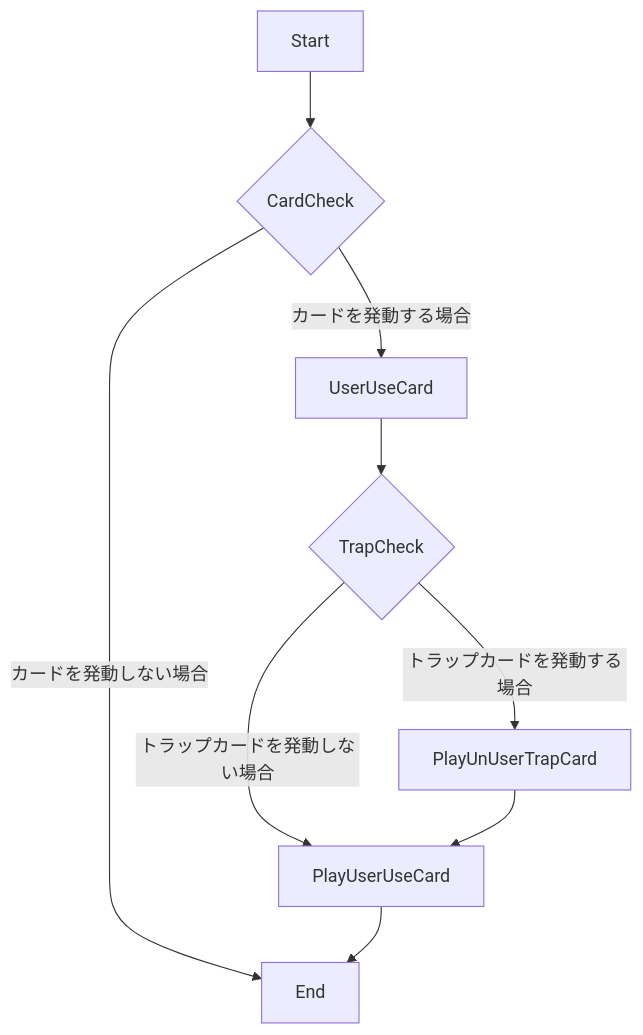
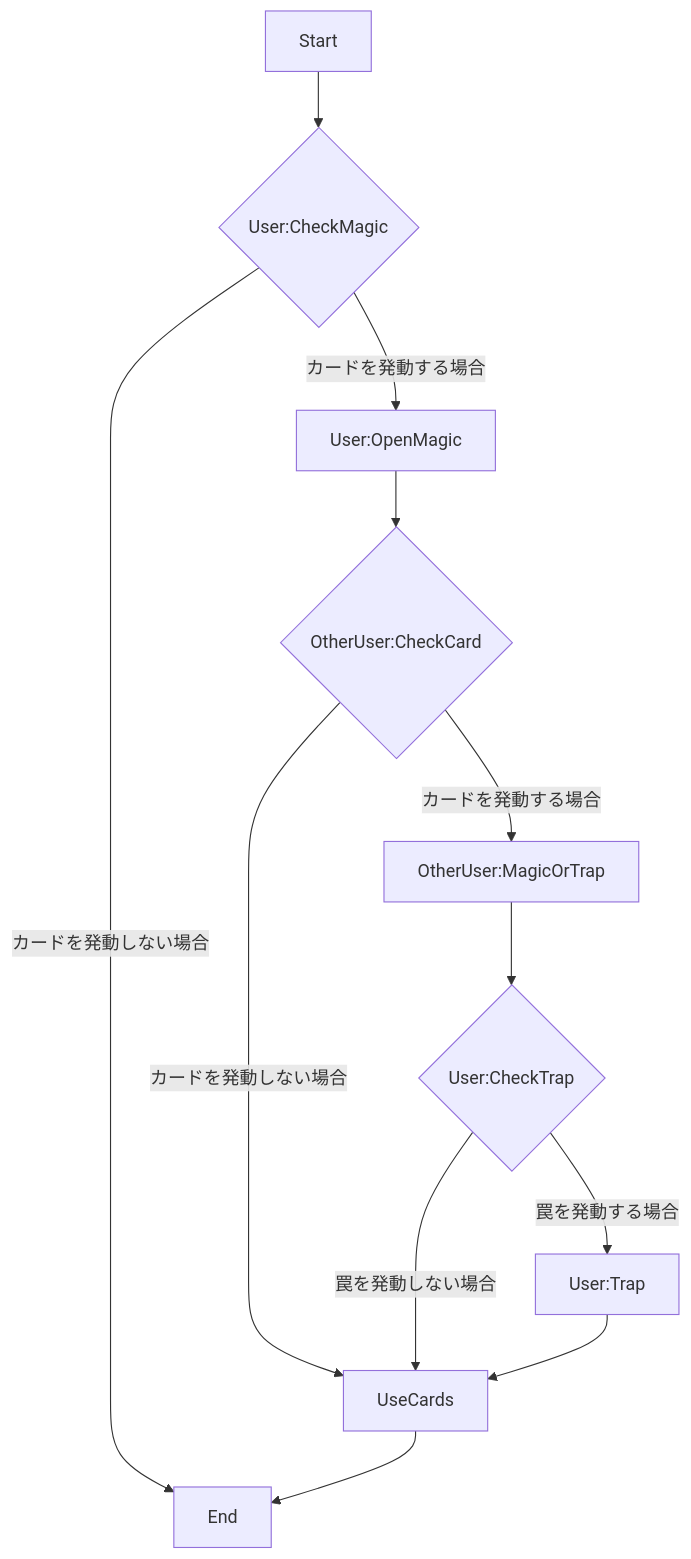
One commit to Chronoss0518/SpinnerOfTherNightSky changed the second of 3 diagrams in README.md. Above: the diagram before and after it, drawn with Mermaid. The commit also changed other lines of this file, not shown here.

````diff
--- a/README.md
+++ b/README.md
@@ -179,16 +176,20 @@
 ``` mermaid
 graph TD;
 
-CardCheck{CardCheck}
-TrapCheck{TrapCheck}
+CheckMagic{User:CheckMagic}
+OtherUserCheckCard{OtherUser:CheckCard}
+UserCheckCard{User:CheckTrap}
 
-Start-->CardCheck
-CardCheck-->|カードを発動する場合|UserUseCard
-CardCheck-->|カードを発動しない場合|End
-UserUseCard-->TrapCheck
-TrapCheck-->|トラップカードを発動する場合|PlayUnUserTrapCard
-TrapCheck-->|トラップカードを発動しない場合|PlayUserUseCard
-PlayUnUserTrapCard-->PlayUserUseCard
-PlayUserUseCard-->End
+Start-->CheckMagic
+CheckMagic-->|カードを発動する場合|User:OpenMagic
+CheckMagic-->|カードを発動しない場合|End
+User:OpenMagic-->OtherUserCheckCard
+OtherUserCheckCard-->|カードを発動する場合|OtherUser:MagicOrTrap
+OtherUserCheckCard-->|カードを発動しない場合|UseCards
+OtherUser:MagicOrTrap-->UserCheckCard
+UserCheckCard-->|罠を発動する場合|User:Trap
+UserCheckCard-->|罠を発動しない場合|UseCards
+User:Trap-->UseCards
+UseCards-->End
 
 ```
````
